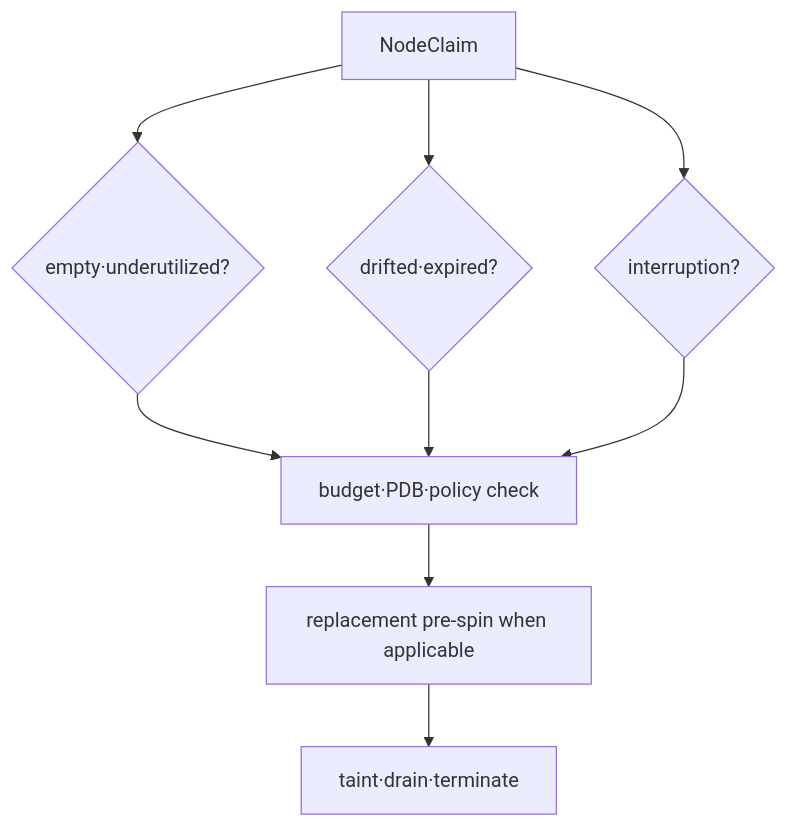
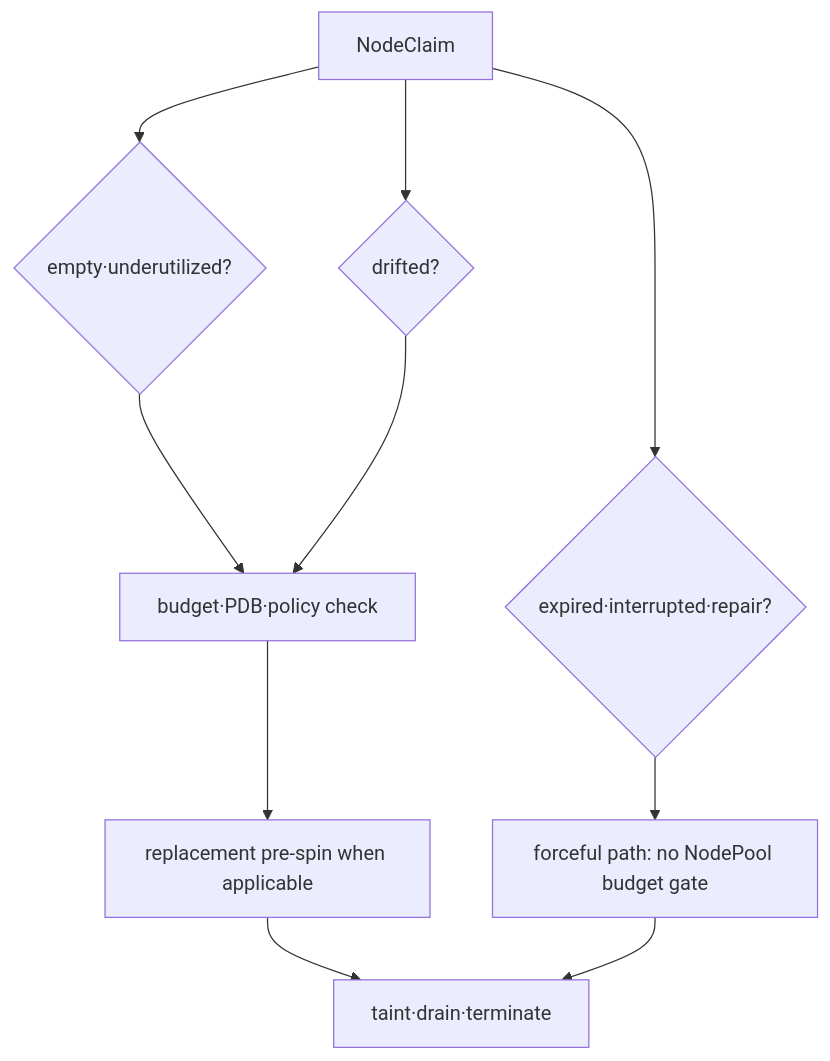
The second of 2 diagrams in docs-site/content/karpenter/01-provisioning-disruption-model.md (nohdol97/nohdol-study), drawn with Mermaid before and after one commit. The commit also changed other lines of this file and 88 other files, not shown here.

````diff
--- a/docs-site/content/karpenter/01-provisioning-disruption-model.md
+++ b/docs-site/content/karpenter/01-provisioning-disruption-model.md
@@ -69,11 +69,12 @@
 ```mermaid
 flowchart TD
     N[NodeClaim] --> E{empty·underutilized?}
-    N --> D{drifted·expired?}
-    N --> I{interruption?}
+    N --> D{drifted?}
+    N --> I{expired·interrupted·repair?}
     E --> B[budget·PDB·policy check]
     D --> B
-    I --> B
+    I --> F[forceful path: no NodePool budget gate]
     B --> R[replacement pre-spin when applicable]
     R --> T[taint·drain·terminate]
+    F --> T
 ```
````
